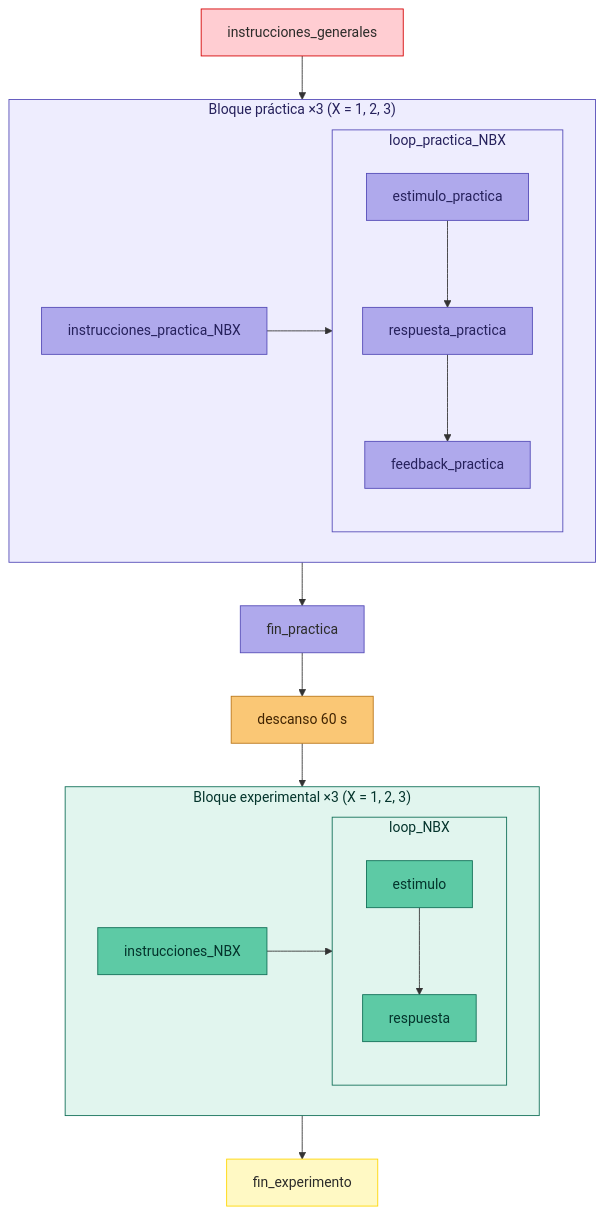
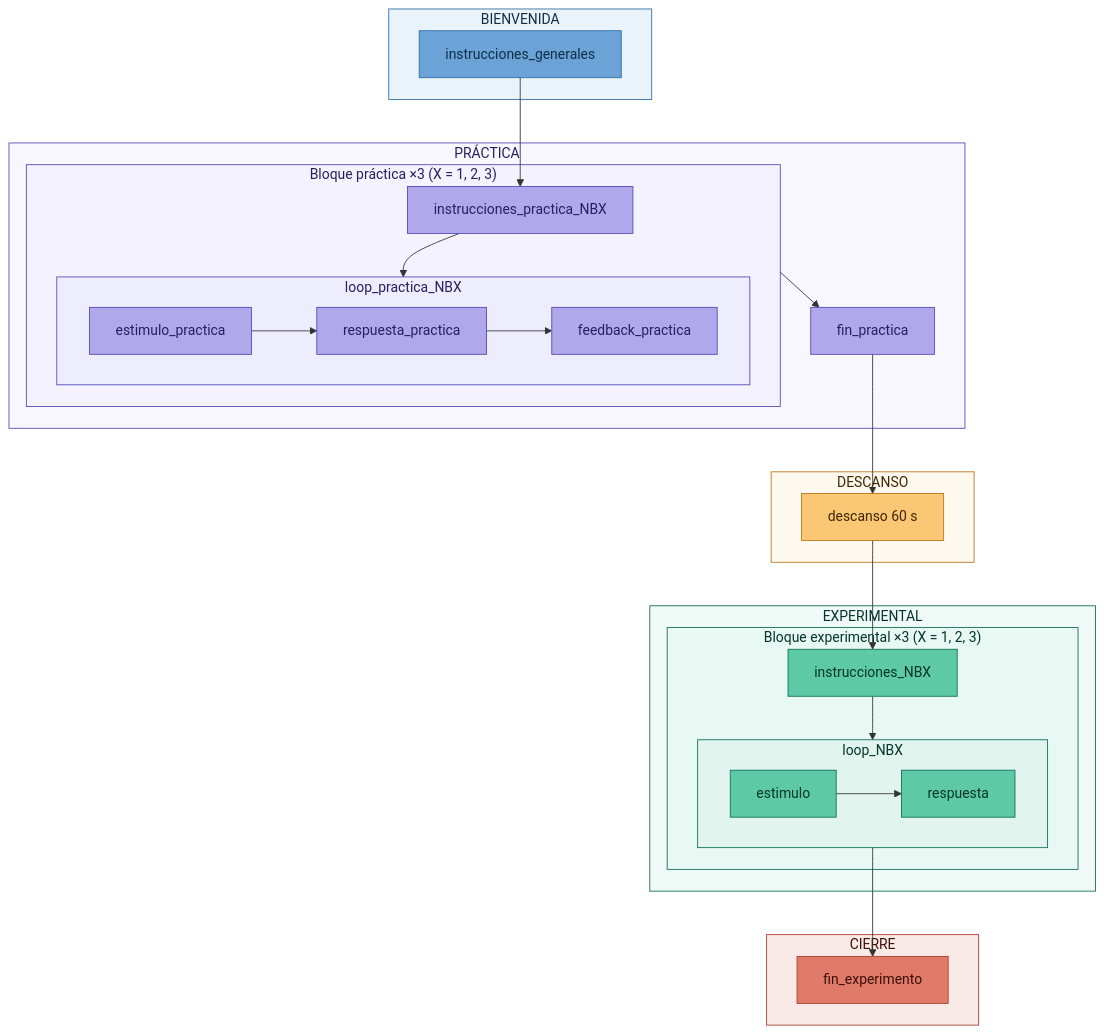
The diagram in readme.md (mlandaf/taller_3_memoria), drawn with Mermaid before and after one commit. The commit also changed 1 other file, not shown here.

Commit message:
Cambios del diagrama y README

````diff
--- a/readme.md
+++ b/readme.md
@@ -73,46 +73,58 @@
 ```mermaid
-flowchart TB
- subgraph LP["loop_practica_NBX"]
-        P3["feedback_practica"]
-        P2["respuesta_practica"]
-        P1["estimulo_practica"]
-  end
- subgraph BLK_P["Bloque práctica  ×3  (X = 1, 2, 3)"]
-        LP
-        B["instrucciones_practica_NBX"]
-  end
- subgraph LE["loop_NBX"]
-        E2["respuesta"]
-        E1["estimulo"]
-  end
- subgraph BLK_E["Bloque experimental  ×3  (X = 1, 2, 3)"]
-        LE
-        E["instrucciones_NBX"]
-  end
-    A["instrucciones_generales"] --> BLK_P
-    B --> LP
-    P1 --> P2
-    P2 --> P3
-    BLK_P --> C["fin_practica"]
-    C --> D["descanso 60 s"]
-    D --> BLK_E
-    E --> LE
-    E1 --> E2
-    BLK_E --> F["fin_experimento"]
+flowchart TD
+    subgraph SB[BIENVENIDA]
+        A[instrucciones_generales]
+    end
+    subgraph SP[PRÁCTICA]
+        subgraph BLK_P["Bloque práctica ×3 (X = 1, 2, 3)"]
+            B[instrucciones_practica_NBX]
+            B --> LP
+            subgraph LP[loop_practica_NBX]
+                P1[estimulo_practica] --> P2[respuesta_practica]
+                P2 --> P3[feedback_practica]
+            end
+        end
+        BLK_P --> C[fin_practica]
+    end
+    subgraph SD[DESCANSO]
+        D[descanso 60 s]
+    end
+    subgraph SE[EXPERIMENTAL]
+        subgraph BLK_E["Bloque experimental ×3 (X = 1, 2, 3)"]
+            E[instrucciones_NBX]
+            E --> LE
+            subgraph LE[loop_NBX]
+                E1[estimulo] --> E2[respuesta]
+            end
+        end
+    end
+    subgraph SC[CIERRE]
+        F[fin_experimento]
+    end
 
-    style P3  fill:#AFA9EC,stroke:#534AB7,color:#26215C
-    style P2  fill:#AFA9EC,stroke:#534AB7,color:#26215C
-    style P1  fill:#AFA9EC,stroke:#534AB7,color:#26215C
-    style LP  fill:#EEEDFE,stroke:#534AB7,color:#26215C
-    style B   fill:#AFA9EC,stroke:#534AB7,color:#26215C
-    style E2  fill:#5DCAA5,stroke:#0F6E56,color:#04342C
-    style E1  fill:#5DCAA5,stroke:#0F6E56,color:#04342C
-    style LE  fill:#E1F5EE,stroke:#0F6E56,color:#04342C
-    style E   fill:#5DCAA5,stroke:#0F6E56,color:#04342C
-    style A   fill:#D3D1C7,stroke:#D50000,color:#2C2C2A,fill:#FFCDD2
-    style BLK_P fill:#EEEDFE,stroke:#534AB7,color:#26215C
-    style C   fill:#D3D1C7,stroke:#534AB7,color:#2C2C2A,fill:#AFA9EC
-    style D   fill:#FAC775,stroke:#BA7517,color:#412402
-    style BLK_E fill:#E1F5EE,stroke:#0F6E56,color:#04342C
-    style F   fill:#D3D1C7,stroke:#FFD600,color:#2C2C2A,fill:#FFF9C4
+    A --> B
+    C --> D
+    D --> E
+    LE --> F
+
+    style A    fill:#6BA3D6,stroke:#2E6DA4,color:#0D2E4A
+    style F    fill:#E07B6A,stroke:#A83D2B,color:#3D0E07
+    style D    fill:#FAC775,stroke:#BA7517,color:#412402
+    style B    fill:#AFA9EC,stroke:#534AB7,color:#26215C
+    style C    fill:#AFA9EC,stroke:#534AB7,color:#26215C
+    style P1   fill:#AFA9EC,stroke:#534AB7,color:#26215C
+    style P2   fill:#AFA9EC,stroke:#534AB7,color:#26215C
+    style P3   fill:#AFA9EC,stroke:#534AB7,color:#26215C
+    style LP   fill:#EEEDFE,stroke:#534AB7,color:#26215C
+    style BLK_P fill:#F3F2FE,stroke:#534AB7,color:#26215C
+    style E    fill:#5DCAA5,stroke:#0F6E56,color:#04342C
+    style E1   fill:#5DCAA5,stroke:#0F6E56,color:#04342C
+    style E2   fill:#5DCAA5,stroke:#0F6E56,color:#04342C
+    style LE   fill:#E1F5EE,stroke:#0F6E56,color:#04342C
+    style BLK_E fill:#E8F8F3,stroke:#0F6E56,color:#04342C
+    style SB   fill:#EBF3FA,stroke:#2E6DA4,color:#0D2E4A
+    style SP   fill:#F8F7FF,stroke:#534AB7,color:#26215C
+    style SD   fill:#FEF9EE,stroke:#BA7517,color:#412402
+    style SE   fill:#F0FAF6,stroke:#0F6E56,color:#04342C
+    style SC   fill:#FAEAE7,stroke:#A83D2B,color:#3D0E07
 ```
````
